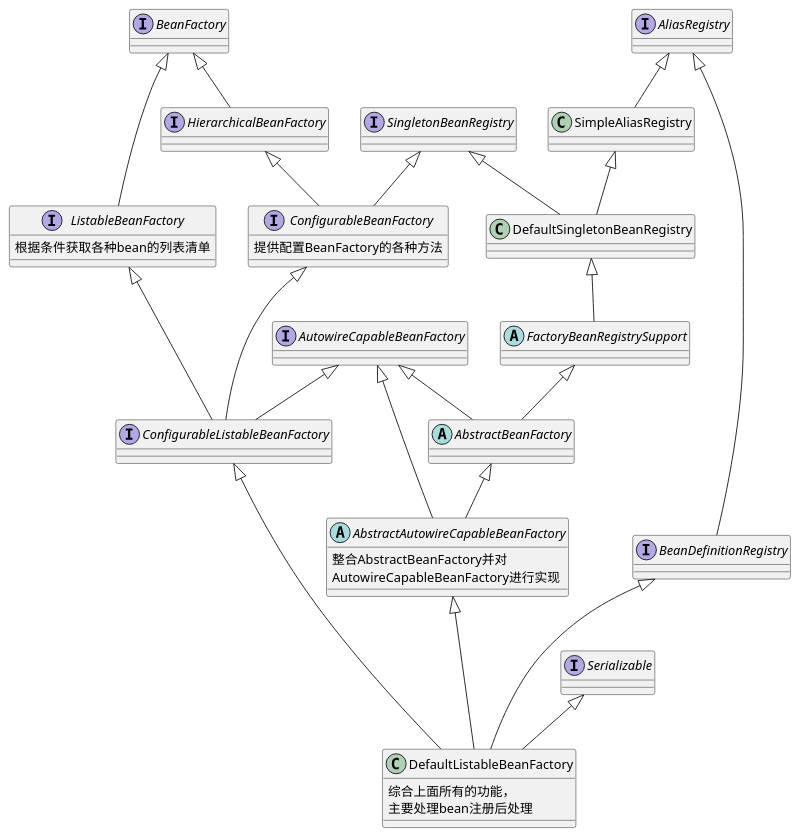
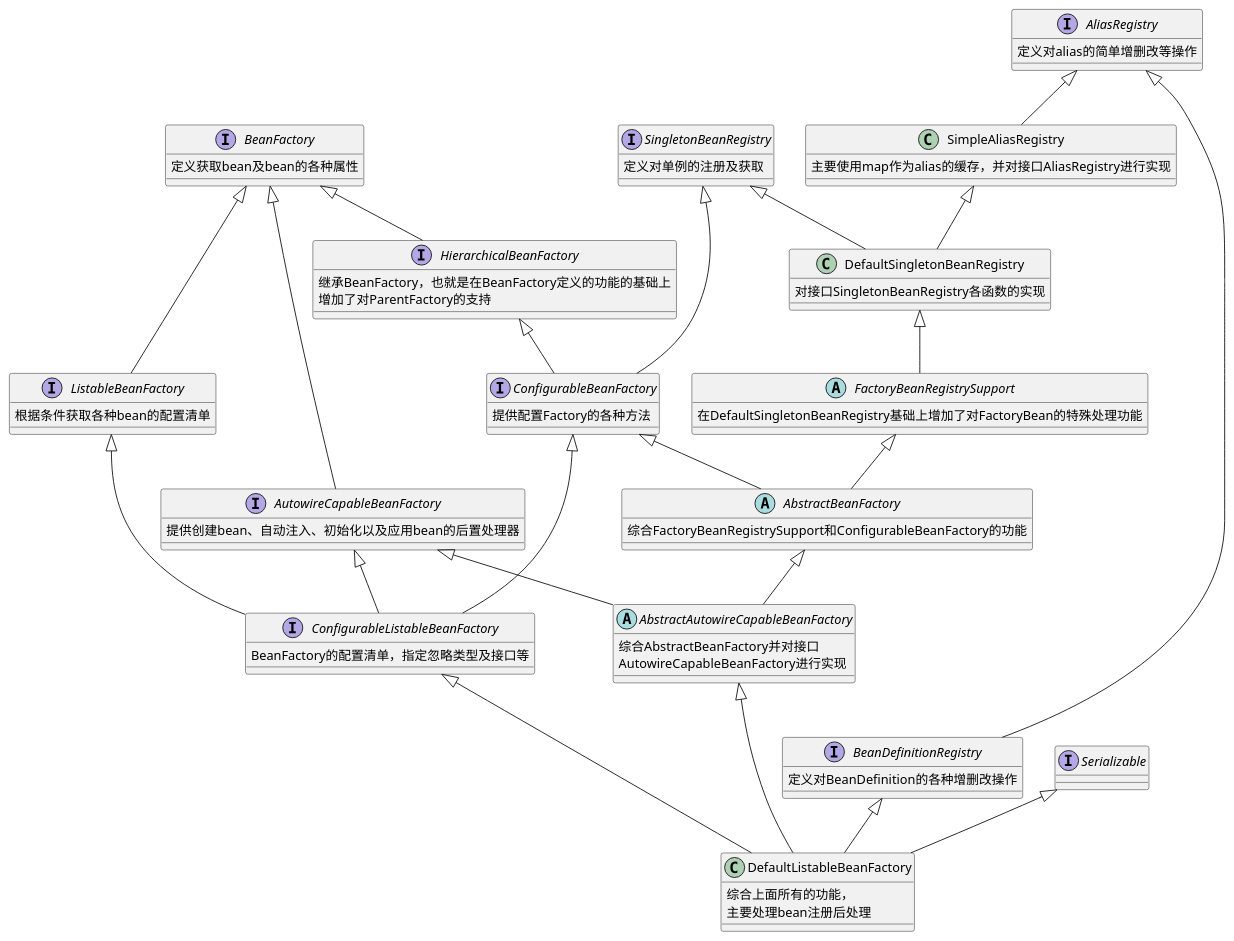
The diagram in doc/uml/DefaultListableBeanFactory.puml (imzdong/study), drawn with PlantUML before and after one commit.

Commit message:
DefaultListableBeanFactory的类图

```diff
--- a/doc/uml/DefaultListableBeanFactory.puml
+++ b/doc/uml/DefaultListableBeanFactory.puml
@@ -1,77 +1,87 @@
 @startuml
 
 abstract class AbstractAutowireCapableBeanFactory{
-整合AbstractBeanFactory并对
+综合AbstractBeanFactory并对接口
 AutowireCapableBeanFactory进行实现
 }
 interface ConfigurableListableBeanFactory{
-
+BeanFactory的配置清单，指定忽略类型及接口等
 }
 interface BeanDefinitionRegistry{
+定义对BeanDefinition的各种增删改操作
 }
 interface Serializable
 class DefaultListableBeanFactory {
 综合上面所有的功能，
 主要处理bean注册后处理
 }
 
 Serializable <|-- DefaultListableBeanFactory
 BeanDefinitionRegistry <|-- DefaultListableBeanFactory
 ConfigurableListableBeanFactory <|-- DefaultListableBeanFactory
 AbstractAutowireCapableBeanFactory <|--- DefaultListableBeanFactory
 
-interface AliasRegistry
+interface AliasRegistry{
+定义对alias的简单增删改等操作
+}
 AliasRegistry <|-- BeanDefinitionRegistry
 
 interface ListableBeanFactory{
-根据条件获取各种bean的列表清单
+根据条件获取各种bean的配置清单
 }
 interface AutowireCapableBeanFactory{
-
+提供创建bean、自动注入、初始化以及应用bean的后置处理器
 }
 interface ConfigurableBeanFactory{
-提供配置BeanFactory的各种方法
+提供配置Factory的各种方法
 }
 ListableBeanFactory <|-- ConfigurableListableBeanFactory
 AutowireCapableBeanFactory <|-- ConfigurableListableBeanFactory
 ConfigurableBeanFactory <|--- ConfigurableListableBeanFactory
 
 interface BeanFactory{
+定义获取bean及bean的各种属性
 }
 BeanFactory <|-- ListableBeanFactory
 
 interface HierarchicalBeanFactory{
+继承BeanFactory，也就是在BeanFactory定义的功能的基础上
+增加了对ParentFactory的支持
 }
 interface SingletonBeanRegistry{
+定义对单例的注册及获取
 }
 HierarchicalBeanFactory <|-- ConfigurableBeanFactory
 SingletonBeanRegistry <|-- ConfigurableBeanFactory
 
 BeanFactory <|-- HierarchicalBeanFactory
 
 abstract class AbstractBeanFactory{
+综合FactoryBeanRegistrySupport和ConfigurableBeanFactory的功能
 }
 AbstractBeanFactory <|-- AbstractAutowireCapableBeanFactory
 AutowireCapableBeanFactory <|-- AbstractAutowireCapableBeanFactory
 
 abstract class FactoryBeanRegistrySupport{
+在DefaultSingletonBeanRegistry基础上增加了对FactoryBean的特殊处理功能
 }
 
 FactoryBeanRegistrySupport <|-- AbstractBeanFactory
-AutowireCapableBeanFactory <|-- AbstractBeanFactory
+ConfigurableBeanFactory <|-- AbstractBeanFactory
+
+BeanFactory <|-- AutowireCapableBeanFactory
 
 class DefaultSingletonBeanRegistry{
-
+对接口SingletonBeanRegistry各函数的实现
 }
 class SimpleAliasRegistry{
+主要使用map作为alias的缓存，并对接口AliasRegistry进行实现
+}
 
-}
-interface SingletonBeanRegistry{
-}
 DefaultSingletonBeanRegistry <|-- FactoryBeanRegistrySupport
 SimpleAliasRegistry <|-- DefaultSingletonBeanRegistry
 SingletonBeanRegistry <|-- DefaultSingletonBeanRegistry
 AliasRegistry <|-- SimpleAliasRegistry
 
 
 @enduml
```
